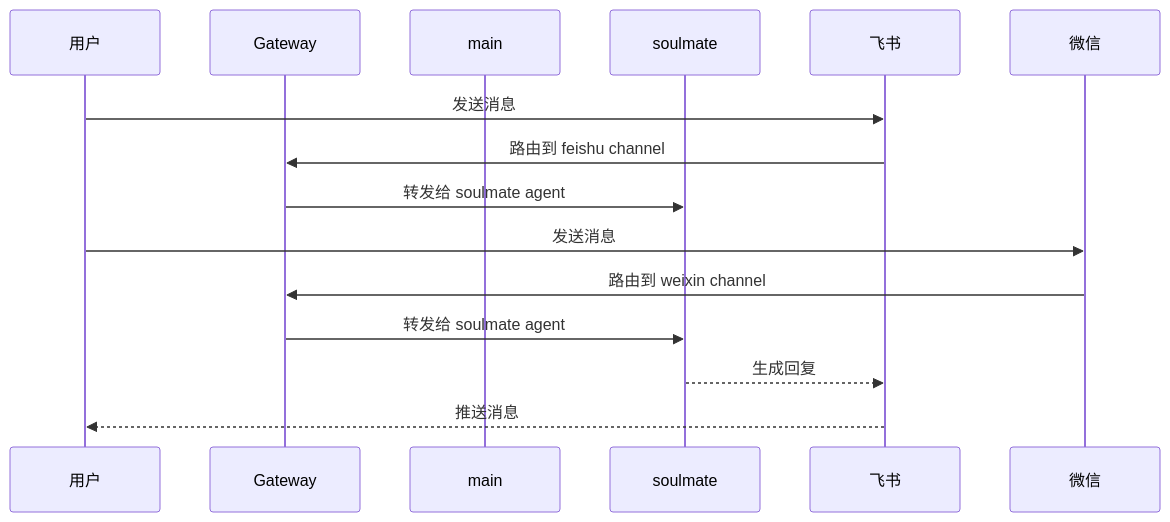
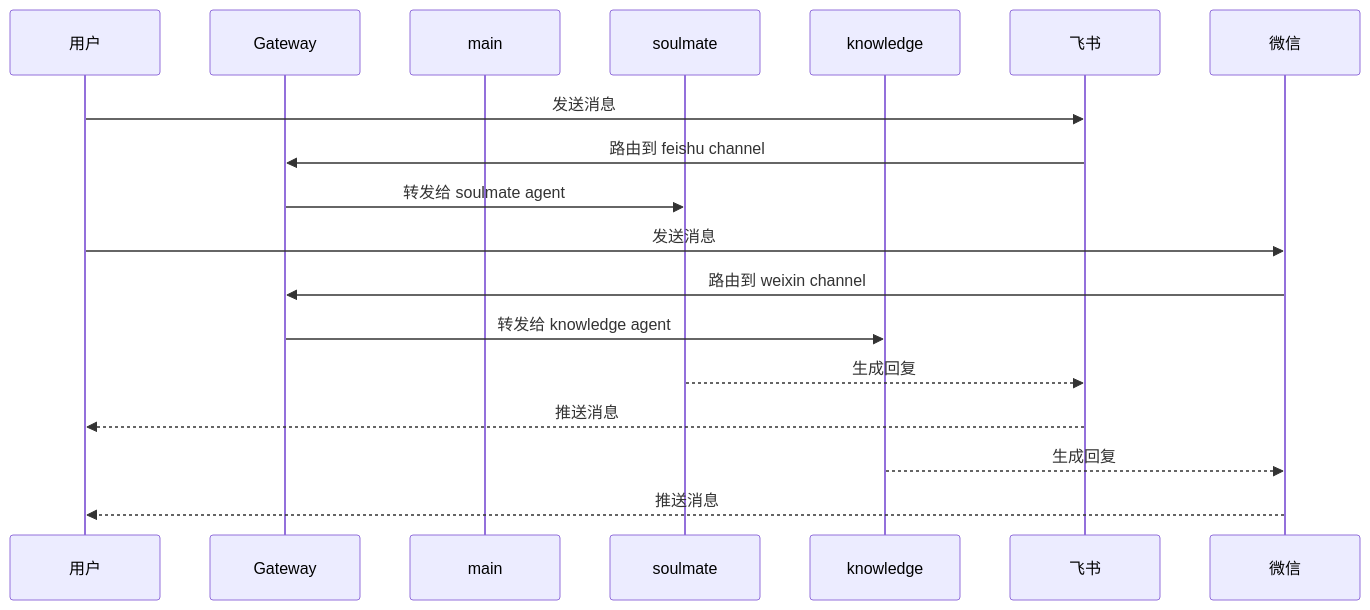
The second of 4 diagrams in content/06-OpenClaw/08-Agent-Architecture.md (zhangchen091488-collab/knowhow-ai), drawn with Mermaid before and after one commit. The commit also changed other lines of this file, not shown here.

First line of the commit message:
更新 Agent 架构文档：扩展为三 Agent 架构，新增 knowledge agent

````diff
--- a/content/06-OpenClaw/08-Agent-Architecture.md
+++ b/content/06-OpenClaw/08-Agent-Architecture.md
@@ -155,20 +214,24 @@
 ```mermaid
 sequenceDiagram
     participant U as 用户
     participant G as Gateway
     participant M as main
     participant S as soulmate
+    participant K as knowledge
     participant F as 飞书
     participant W as 微信
 
     U->>F: 发送消息
     F->>G: 路由到 feishu channel
     G->>S: 转发给 soulmate agent
     
     U->>W: 发送消息
     W->>G: 路由到 weixin channel
-    G->>S: 转发给 soulmate agent
+    G->>K: 转发给 knowledge agent
 
     S-->>F: 生成回复
     F-->>U: 推送消息
+    
+    K-->>W: 生成回复
+    W-->>U: 推送消息
 ```
````
